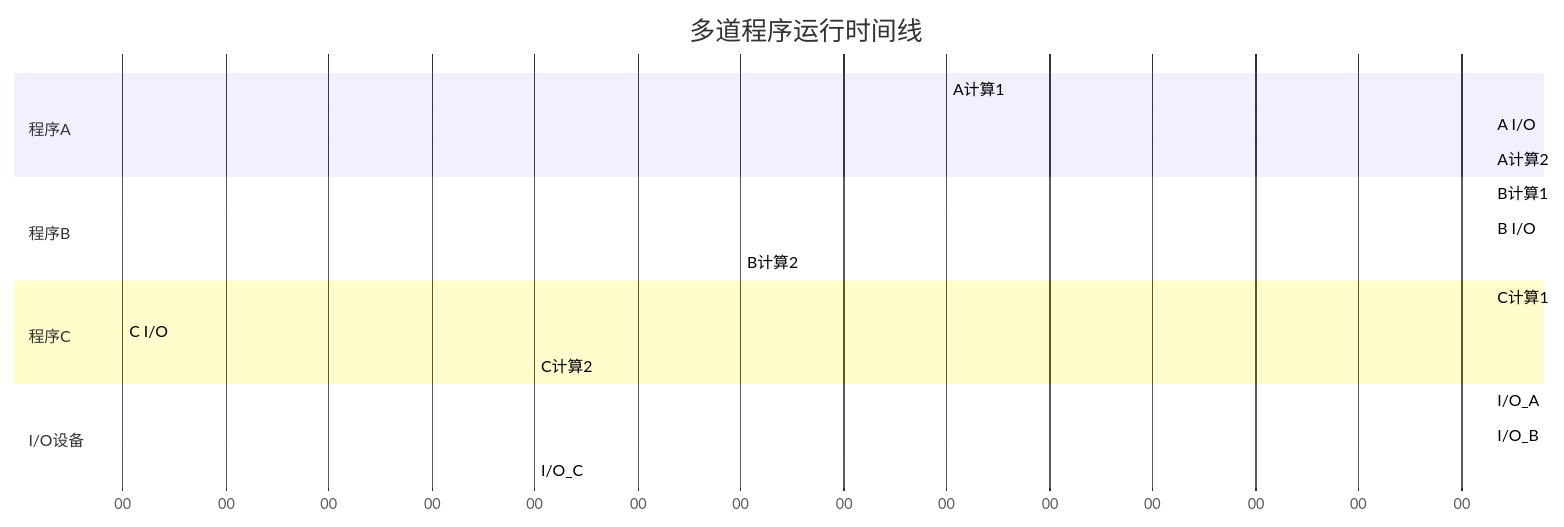
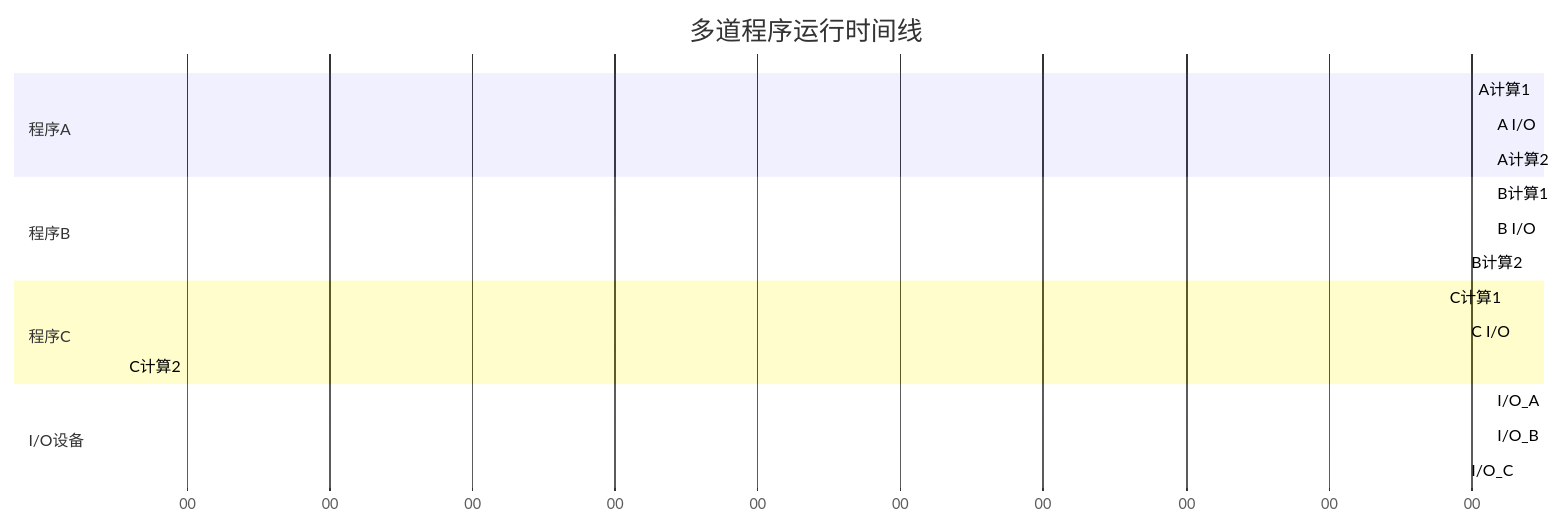
The first of 4 diagrams in MyVault/期末/操作系统期末.md (lfm147258369/blog), drawn with Mermaid before and after one commit. The commit also changed other lines of this file, not shown here.

````diff
--- a/MyVault/期末/操作系统期末.md
+++ b/MyVault/期末/操作系统期末.md
@@ -25,26 +25,26 @@
 ```mermaid
 gantt
     title 多道程序运行时间线
     dateFormat  ss
     axisFormat %S
 
     section 程序A
     A计算1    : 0, 20ms
     A I/O     : 20, 20ms
-    A计算2    : 40, 10ms
+    A计算2    : 50, 10ms
 
     section 程序B
     B计算1    : 20, 30ms
     B I/O     : 50, 40ms
     B计算2    : 90, 20ms
 
     section 程序C
-    C计算1    : 50, 10ms
-    C I/O     : 60, 20ms
-    C计算2    : 80, 10ms
+    C计算1    : 60, 10ms
+    C I/O     : 90, 20ms
+    C计算2    : 110, 10ms
 
     section I/O设备
     I/O_A     : 20, 20ms
     I/O_B     : 50, 40ms
-    I/O_C     : 80, 20ms
+    I/O_C     : 90, 20ms
 ```
````
